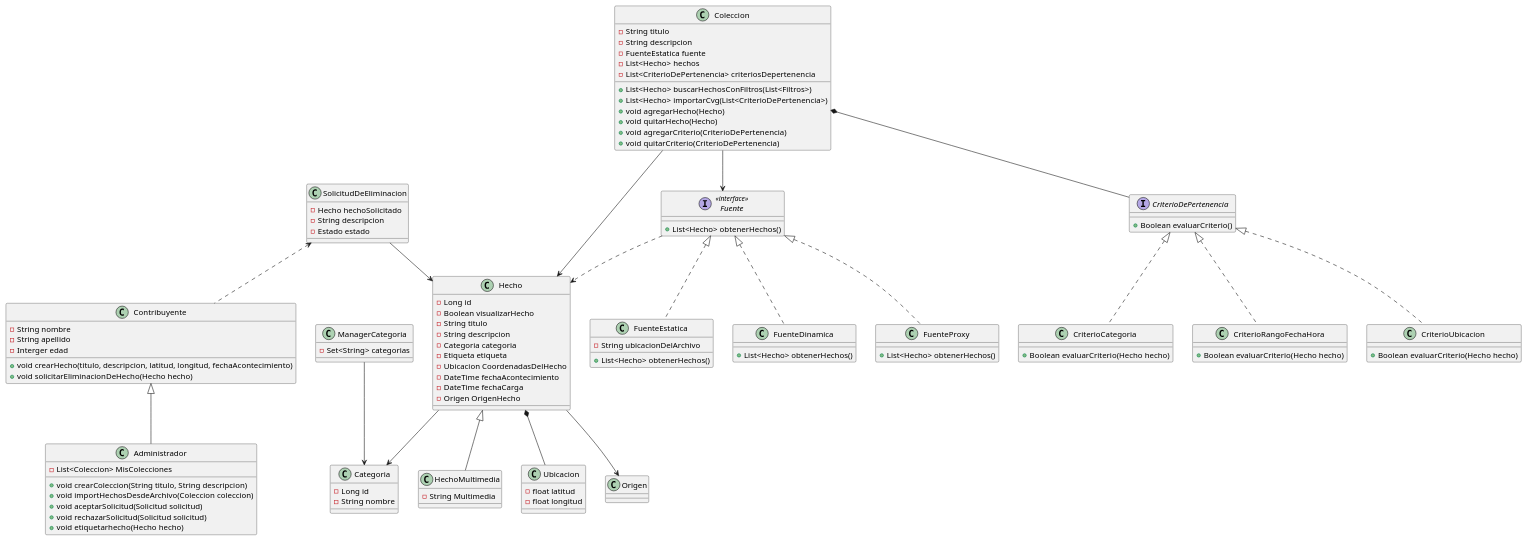
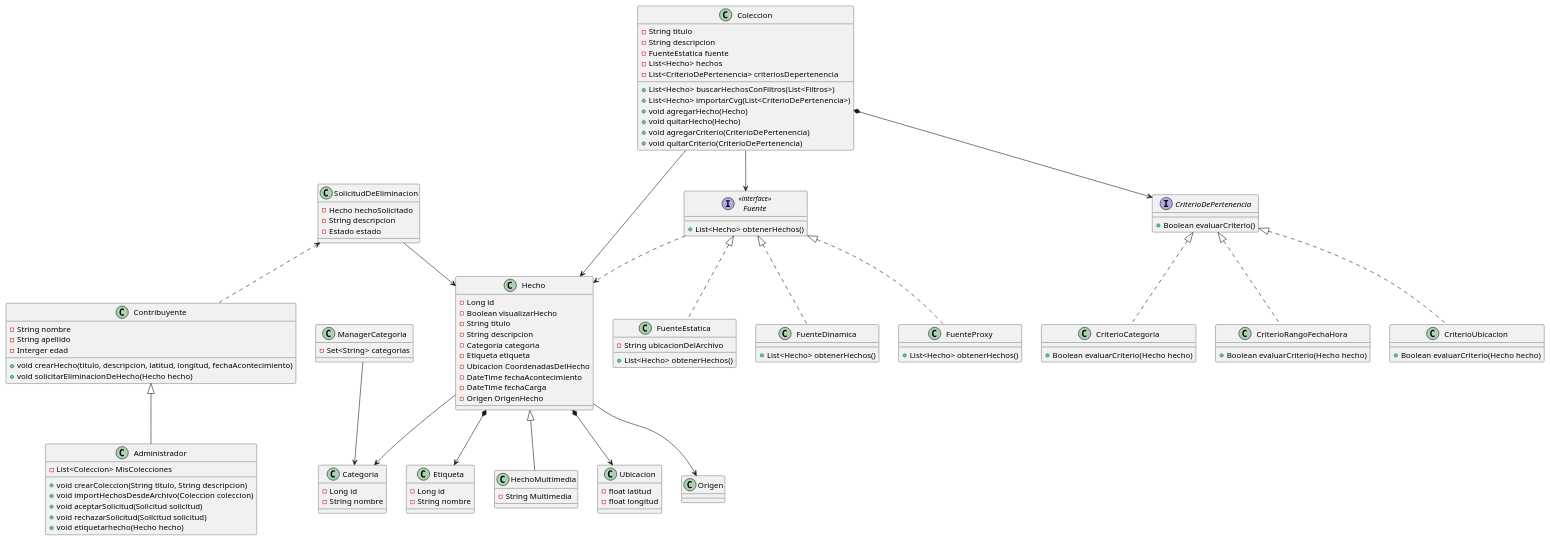
The diagram in src/main/resources/Diagrama de clases.puml (PonceCamilo/tp-anual-disenio-2025), drawn with PlantUML before and after one commit. The commit also changed 21 other files, not shown here.

Commit message:
clases ajustadas a los diagramas

```diff
--- a/src/main/resources/Diagrama de clases.puml
+++ b/src/main/resources/Diagrama de clases.puml
@@ -1,114 +1,121 @@
 @startuml
-
-
 
 class Contribuyente{
     - String nombre
     - String apellido
     - Interger edad
     + void crearHecho(titulo, descripcion, latitud, longitud, fechaAcontecimiento)
     + void solicitarEliminacionDeHecho(Hecho hecho)
 }
 
 class Administrador extends Contribuyente{
     - List<Coleccion> MisColecciones
     + void crearColeccion(String titulo, String descripcion)
     + void importHechosDesdeArchivo(Coleccion coleccion)
     + void aceptarSolicitud(Solicitud solicitud)
     + void rechazarSolicitud(Solicitud solicitud)
     + void etiquetarhecho(Hecho hecho)
 }
 
 class Hecho{
     - Long id
     - Boolean visualizarHecho
     - String titulo
     - String descripcion
     - Categoria categoria
     - Etiqueta etiqueta
     - Ubicacion CoordenadasDelHecho
     - DateTime fechaAcontecimiento
     - DateTime fechaCarga
     - Origen OrigenHecho
 }
+
 class Categoria{
     - Long id
     - String nombre
 }
+
 class ManagerCategoria{
  - Set<String> categorias
 }
+
+class Etiqueta{
+    - Long id
+    - String nombre
+}
+
 class HechoMultimedia extends Hecho{
     - String Multimedia
 }
 
 class Ubicacion{
     - float latitud
     - float longitud
 }
 
 class Coleccion{
     - String titulo
     - String descripcion
     - FuenteEstatica fuente
     - List<Hecho> hechos
     - List<CriterioDePertenencia> criteriosDepertenencia
     + List<Hecho> buscarHechosConFiltros(List<Filtros>)
     + List<Hecho> importarCvg(List<CriterioDePertenencia>)
     + void agregarHecho(Hecho)
     + void quitarHecho(Hecho)
     + void agregarCriterio(CriterioDePertenencia)
     + void quitarCriterio(CriterioDePertenencia)
 }
 
  interface Fuente <<interface>>{
     + List<Hecho> obtenerHechos()
 }
 
  class FuenteEstatica implements Fuente{
     - String ubicacionDelArchivo
     + List<Hecho> obtenerHechos()
 }
 
  class FuenteDinamica implements Fuente{
     + List<Hecho> obtenerHechos()
 }
 
  class FuenteProxy implements Fuente{
     + List<Hecho> obtenerHechos()
 }
 
 interface CriterioDePertenencia{
     + Boolean evaluarCriterio()
 }
 
 class CriterioCategoria implements  CriterioDePertenencia{
     + Boolean evaluarCriterio(Hecho hecho)
 }
 
 class CriterioRangoFechaHora implements  CriterioDePertenencia{
     + Boolean evaluarCriterio(Hecho hecho)
 }
 
 class CriterioUbicacion implements  CriterioDePertenencia{
     + Boolean evaluarCriterio(Hecho hecho)
 }
 
 class SolicitudDeEliminacion{
     - Hecho hechoSolicitado
     - String descripcion
     - Estado estado
 }
 
-Coleccion *-- CriterioDePertenencia
+Coleccion *--> CriterioDePertenencia
 Coleccion --> Fuente
 Coleccion --> Hecho
 Hecho --> Origen
-Hecho *-- Ubicacion
+Hecho *--> Ubicacion
 Hecho --> Categoria
+Hecho *--> Etiqueta
 Fuente ..> Hecho
 ManagerCategoria --> Categoria
 SolicitudDeEliminacion --> Hecho
 SolicitudDeEliminacion <.. Contribuyente
 
 @enduml
```
